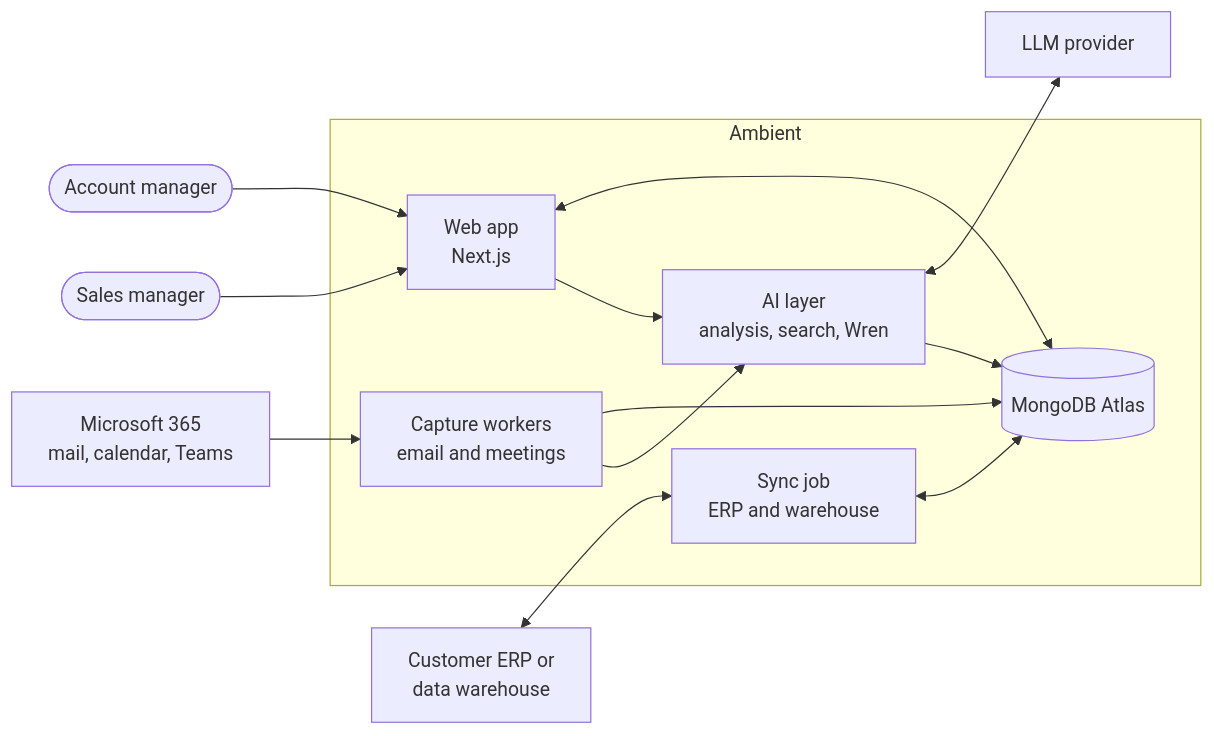
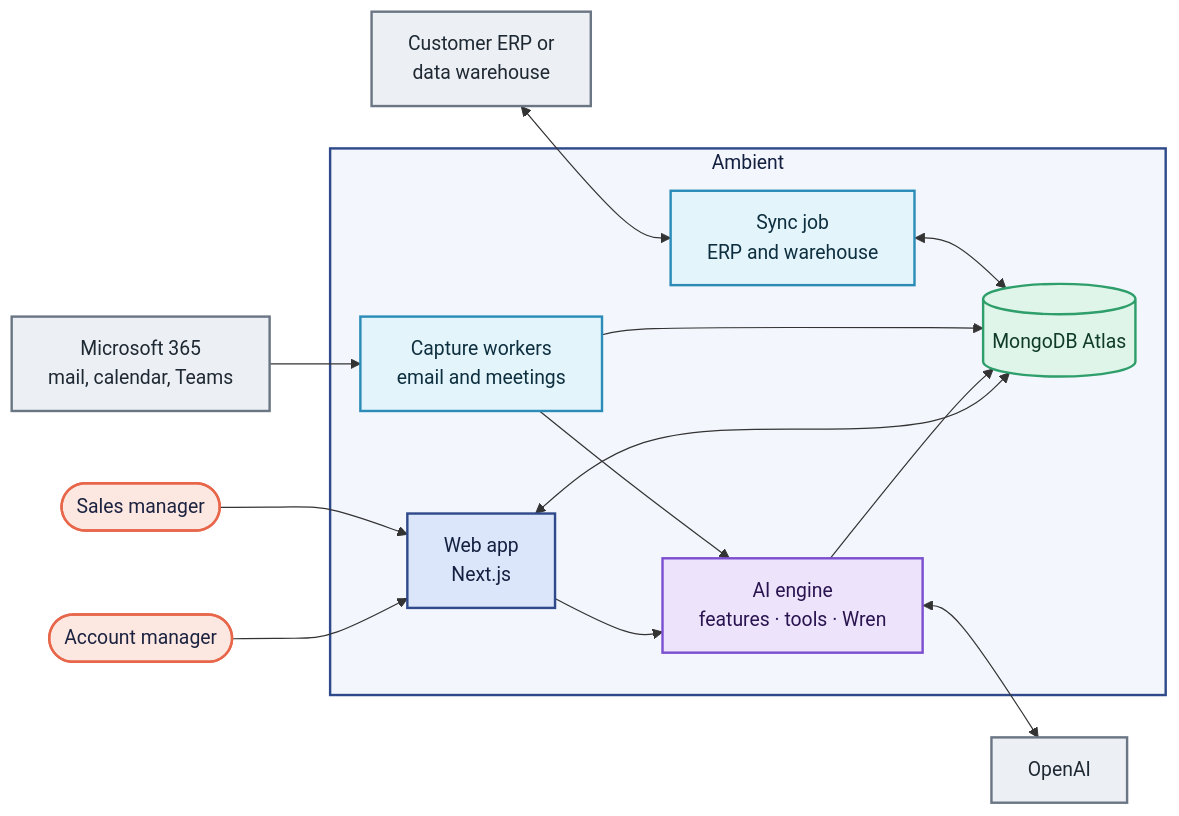
Before and after one commit to sonishivam1/ambient-crm: the diagram in docs/README.md, drawn with Mermaid. The commit also changed other lines of this file and 11 other files, not shown here.

````diff
--- a/docs/README.md
+++ b/docs/README.md
@@ -24,27 +24,41 @@
 ```mermaid
 flowchart LR
   rep(["Account manager"])
   mgr(["Sales manager"])
   subgraph ambient["Ambient"]
     web["Web app<br/>Next.js"]
+    ai["AI engine<br/>features · tools · Wren"]
     workers["Capture workers<br/>email and meetings"]
     sync["Sync job<br/>ERP and warehouse"]
-    ai["AI layer<br/>analysis, search, Wren"]
     db[("MongoDB Atlas")]
   end
   m365["Microsoft 365<br/>mail, calendar, Teams"]
   erp["Customer ERP or<br/>data warehouse"]
-  llm["LLM provider"]
+  openai["OpenAI"]
 
   rep --> web
   mgr --> web
   web <--> db
+  web --> ai
+  ai --> db
+  ai <--> openai
   workers --> db
+  workers --> ai
   sync <--> db
   m365 --> workers
   erp <--> sync
-  workers --> ai
-  web --> ai
-  ai <--> llm
-  ai --> db
+
+  classDef person fill:#FDE7E1,stroke:#E8664A,stroke-width:2px,color:#1B2340;
+  classDef webNode fill:#DCE6FB,stroke:#2F4A8A,stroke-width:2px,color:#13203F;
+  classDef aiNode fill:#EDE3FB,stroke:#7B4FD0,stroke-width:2px,color:#2A1450;
+  classDef jobNode fill:#E4F4FB,stroke:#2B8CB8,stroke-width:2px,color:#0D2F3F;
+  classDef dataNode fill:#DFF5EA,stroke:#2E9E6A,stroke-width:2px,color:#0F3B27;
+  classDef external fill:#ECEFF3,stroke:#6B7685,stroke-width:2px,color:#1F2933;
+  class rep,mgr person;
+  class web webNode;
+  class ai aiNode;
+  class workers,sync jobNode;
+  class db dataNode;
+  class m365,erp,openai external;
+  style ambient fill:#F3F6FD,stroke:#2F4A8A,stroke-width:2px,color:#13203F
 ```
````
